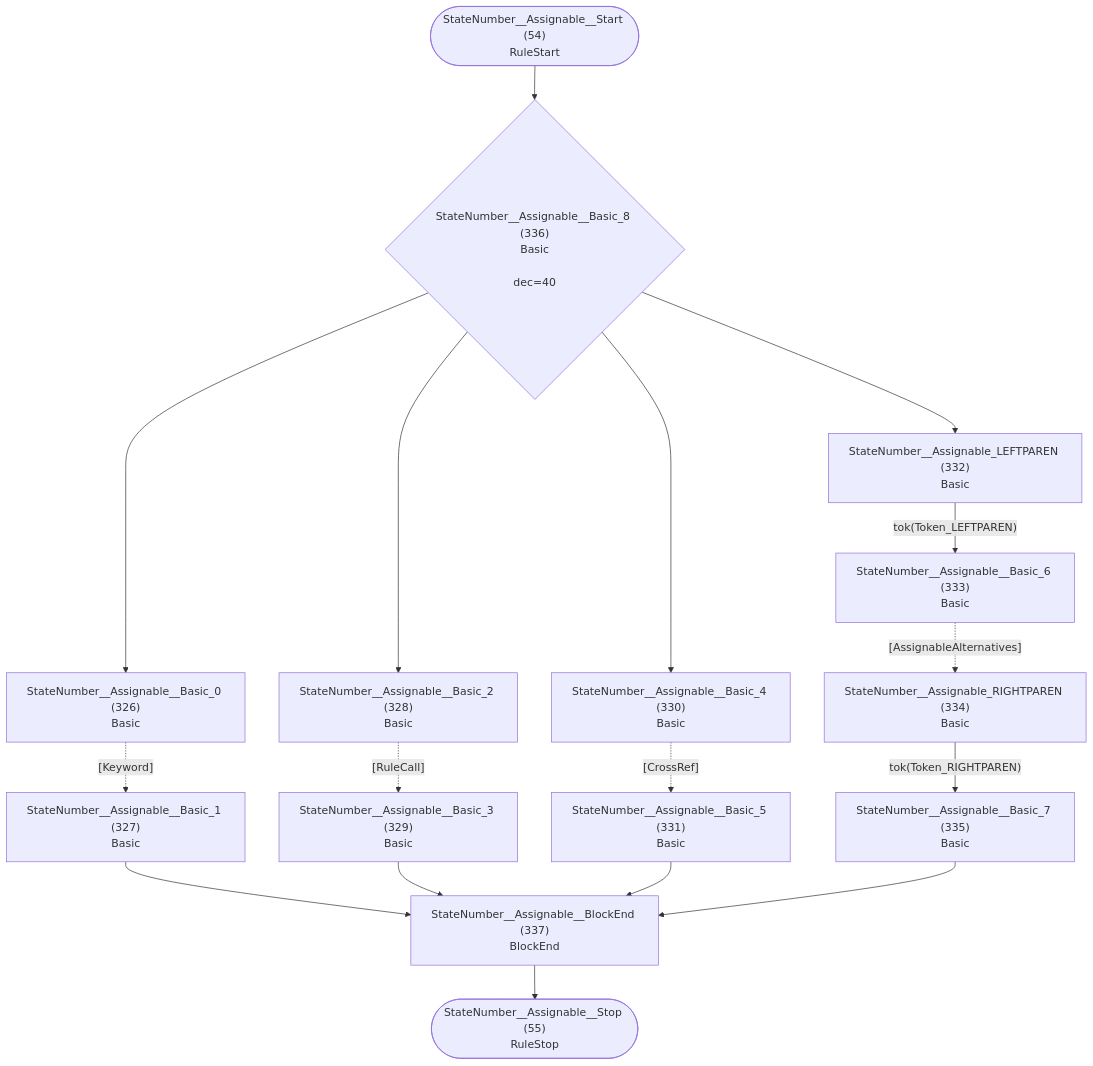
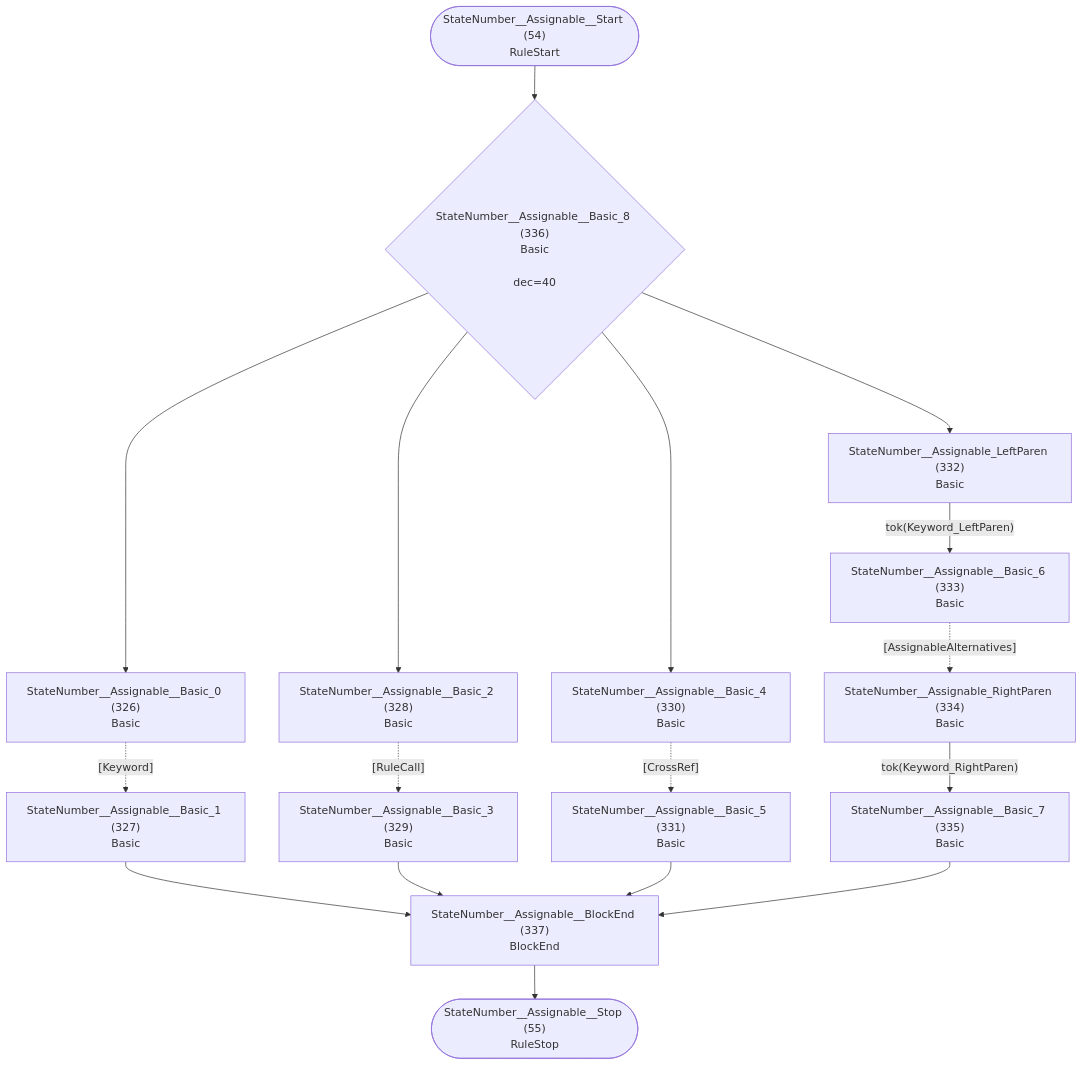
Diagram 28 of 37 in internal/grammar/atn.md (TypeFox/fastbelt), drawn with Mermaid before and after one commit. The commit also changed other lines of this file and 7 other files, not shown here.

````diff
--- a/internal/grammar/atn.md
+++ b/internal/grammar/atn.md
@@ -835,34 +835,34 @@
 ```mermaid
 flowchart TD
     q54(["StateNumber__Assignable__Start (54)<br/>RuleStart"])
     q55(["StateNumber__Assignable__Stop (55)<br/>RuleStop"])
     q326["StateNumber__Assignable__Basic_0 (326)<br/>Basic<br/>"]
     q327["StateNumber__Assignable__Basic_1 (327)<br/>Basic<br/>"]
     q328["StateNumber__Assignable__Basic_2 (328)<br/>Basic<br/>"]
     q329["StateNumber__Assignable__Basic_3 (329)<br/>Basic<br/>"]
     q330["StateNumber__Assignable__Basic_4 (330)<br/>Basic<br/>"]
     q331["StateNumber__Assignable__Basic_5 (331)<br/>Basic<br/>"]
-    q332["StateNumber__Assignable_LEFTPAREN (332)<br/>Basic<br/>"]
+    q332["StateNumber__Assignable_LeftParen (332)<br/>Basic<br/>"]
     q333["StateNumber__Assignable__Basic_6 (333)<br/>Basic<br/>"]
-    q334["StateNumber__Assignable_RIGHTPAREN (334)<br/>Basic<br/>"]
+    q334["StateNumber__Assignable_RightParen (334)<br/>Basic<br/>"]
     q335["StateNumber__Assignable__Basic_7 (335)<br/>Basic<br/>"]
     q336{"StateNumber__Assignable__Basic_8 (336)<br/>Basic<br/><br/>dec=40"}
     q337["StateNumber__Assignable__BlockEnd (337)<br/>BlockEnd<br/>"]
 
     q54 --> q336
     q326 -.->|"[Keyword]"| q327
     q327 --> q337
     q328 -.->|"[RuleCall]"| q329
     q329 --> q337
     q330 -.->|"[CrossRef]"| q331
     q331 --> q337
-    q332 -->|"tok(Token_LEFTPAREN)"| q333
+    q332 -->|"tok(Keyword_LeftParen)"| q333
     q333 -.->|"[AssignableAlternatives]"| q334
-    q334 -->|"tok(Token_RIGHTPAREN)"| q335
+    q334 -->|"tok(Keyword_RightParen)"| q335
     q335 --> q337
     q336 --> q326
     q336 --> q328
     q336 --> q330
     q336 --> q332
     q337 --> q55
 ```
````
